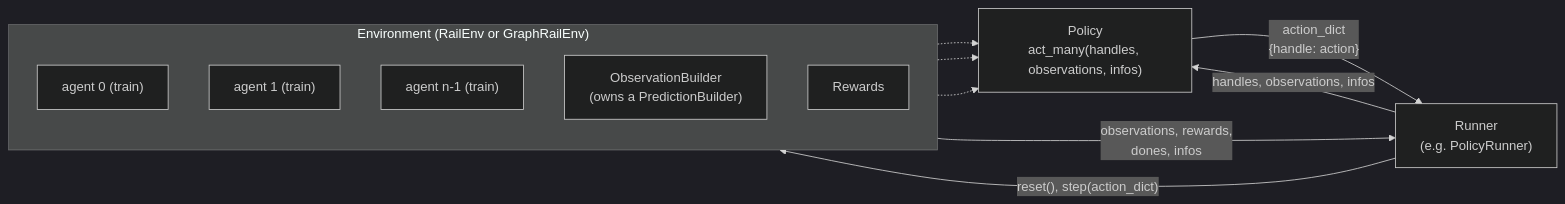
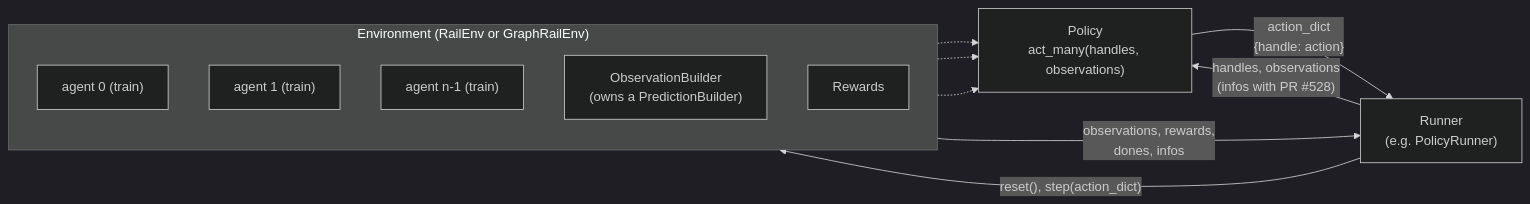
Before and after one commit to flatland-association/flatland-book: the second of 7 diagrams in key-concepts/key_concepts.md, drawn with Mermaid (dark theme). The commit also changed other lines of this file, not shown here.

Commit message:
docs(key-concepts): mark static data in the infos as coming with flatland-rl 5.0.1.

````diff
--- a/key-concepts/key_concepts.md
+++ b/key-concepts/key_concepts.md
@@ -76,20 +76,20 @@
 ```mermaid
 flowchart LR
     subgraph env ["Environment (RailEnv or GraphRailEnv)"]
         direction TB
         t0["agent 0 (train)"]
         t1["agent 1 (train)"]
         tn["agent n-1 (train)"]
         obs_builder["ObservationBuilder<br/>(owns a PredictionBuilder)"]
         rewards["Rewards"]
     end
     runner["Runner<br/>(e.g. PolicyRunner)"]
-    policy["Policy<br/>act_many(handles, observations, infos)"]
+    policy["Policy<br/>act_many(handles, observations)"]
     runner -- "reset(), step(action_dict)" --> env
     env -- "observations, rewards,<br/>dones, infos" --> runner
-    runner -- "handles, observations, infos" --> policy
+    runner -- "handles, observations<br/>(infos with PR #528)" --> policy
     policy -- "action_dict<br/>{handle: action}" --> runner
     t0 -.-> policy
     t1 -.-> policy
     tn -.-> policy
 ```
````
